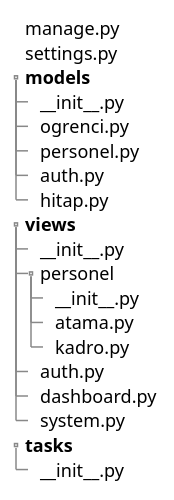
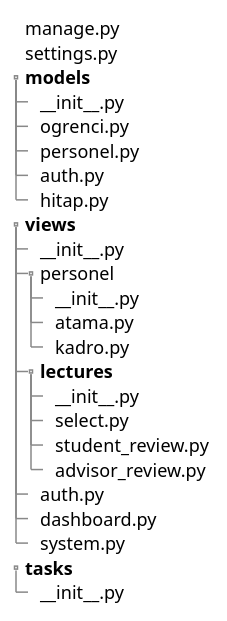
Before and after one commit to zetaops/ulakbus.org: the diagram in source/ulakbusu-gelistirmek.rst, drawn with PlantUML. The commit also changed other lines of this file and 1 other file, not shown here.

```diff
--- a/source/ulakbusu-gelistirmek.rst
+++ b/source/ulakbusu-gelistirmek.rst
@@ -34,29 +34,34 @@
 .. uml::
 
     @startsalt
 
     {
     {T
     +manage.py
     +settings.py
     +**models**
     ++~__init__.py
     ++ogrenci.py
     ++personel.py
     ++auth.py
     ++hitap.py
     +**views**
     ++~__init__.py
     ++personel
     +++~__init__.py
     +++atama.py
     +++kadro.py
+    ++**lectures**
+    +++~__init__.py
+    +++select.py
+    +++student_review.py
+    +++advisor_review.py
     ++auth.py
     ++dashboard.py
     ++system.py
     +**tasks**
     ++~__init__.py
     }
     }
 
     @endsalt
```
